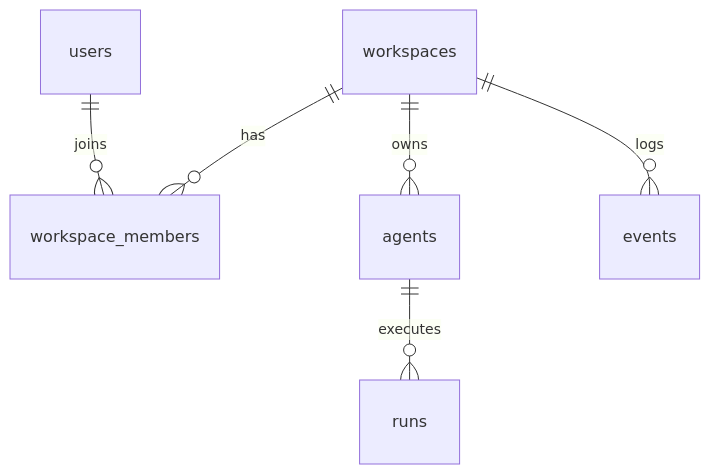
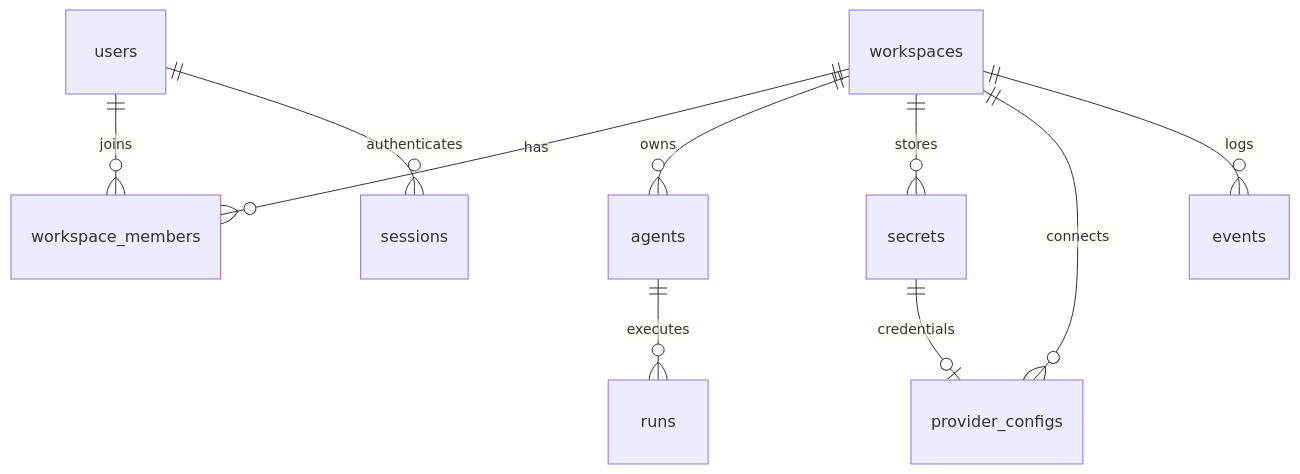
The second of 2 diagrams in ARCHITECTURE.md (bridge-agents/bridge-os), drawn with Mermaid before and after one commit. The commit also changed other lines of this file and 66 other files, not shown here.

````diff
--- a/ARCHITECTURE.md
+++ b/ARCHITECTURE.md
@@ -195,8 +218,12 @@
 ```mermaid
 erDiagram
     workspaces ||--o{ workspace_members : has
     users ||--o{ workspace_members : joins
+    users ||--o{ sessions : authenticates
     workspaces ||--o{ agents : owns
+    workspaces ||--o{ secrets : stores
+    workspaces ||--o{ provider_configs : connects
+    secrets ||--o| provider_configs : credentials
     agents ||--o{ runs : executes
     workspaces ||--o{ events : logs
 ```
````
